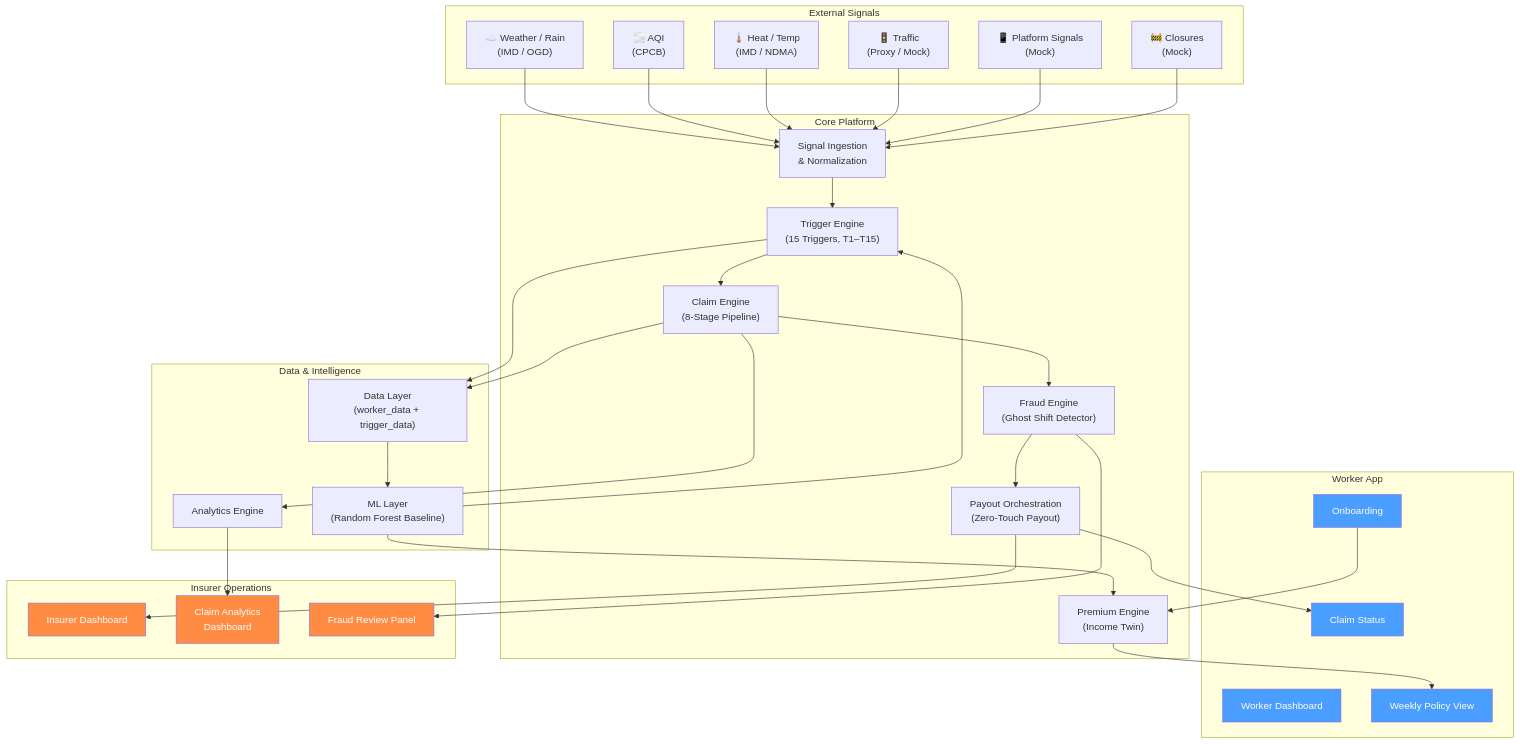
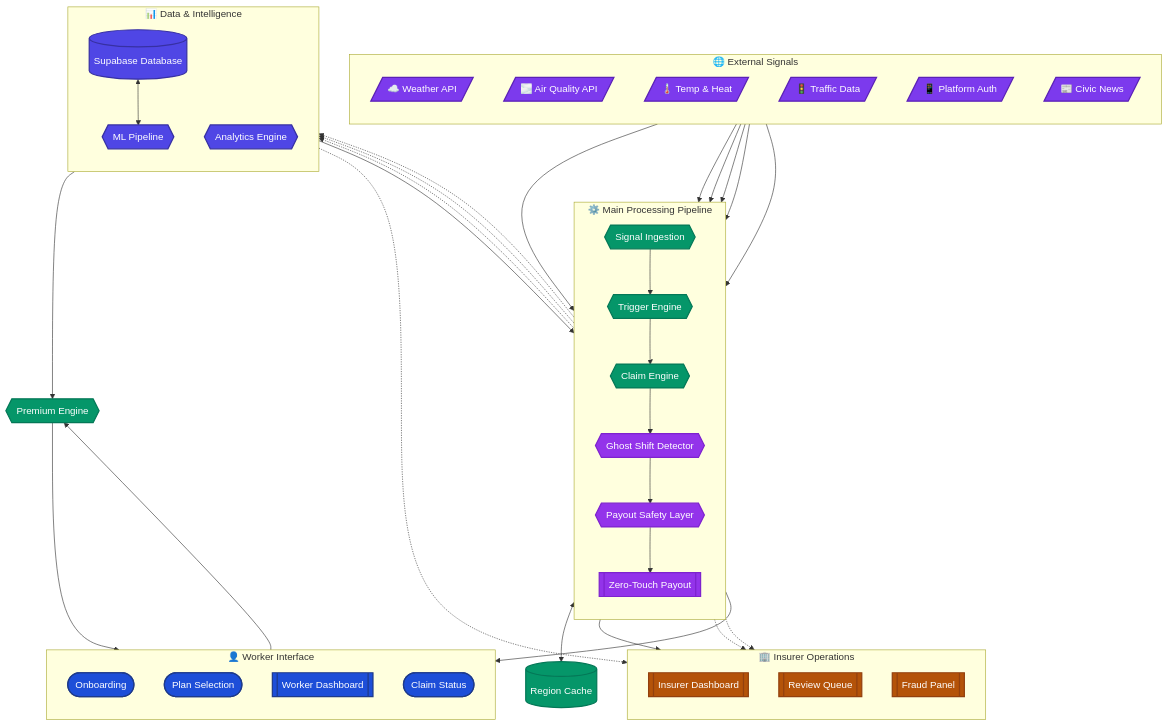
The first of 4 diagrams in README.md (Chorko/Celestius_Covara_One_P1), drawn with Mermaid before and after one commit. The commit also changed other lines of this file and 43 other files, not shown here.

````diff
--- a/README.md
+++ b/README.md
@@ -155,65 +170,83 @@
 ```mermaid
-graph TB
-    subgraph "External Signals"
-        WX["☁️ Weather / Rain<br/>(IMD / OGD)"]
-        AQ["🌫️ AQI<br/>(CPCB)"]
-        HT["🌡️ Heat / Temp<br/>(IMD / NDMA)"]
-        TR["🚦 Traffic<br/>(Proxy / Mock)"]
-        PL["📱 Platform Signals<br/>(Mock)"]
-        CV["🚧 Closures<br/>(Mock)"]
+flowchart TD
+    classDef input fill:#7C3AED,color:#fff,stroke:#5B21B6,stroke-width:2px;
+    classDef ui fill:#1D4ED8,color:#fff,stroke:#1E3A8A,stroke-width:2px;
+    classDef engine fill:#059669,color:#fff,stroke:#047857,stroke-width:2px;
+    classDef defense fill:#9333EA,color:#fff,stroke:#7E22CE,stroke-width:2px;
+    classDef data fill:#4F46E5,color:#fff,stroke:#3730A3,stroke-width:2px;
+    classDef admin fill:#B45309,color:#fff,stroke:#92400E,stroke-width:2px;
+
+    %% 1. Core Central Pipeline
+    subgraph CORE ["⚙️ Main Processing Pipeline"]
+        direction TB
+        SI{{Signal Ingestion}}:::engine
+        TE{{Trigger Engine}}:::engine
+        CE{{Claim Engine}}:::engine
+        FE{{Ghost Shift Detector}}:::defense
+        PS{{Payout Safety Layer}}:::defense
+        PO[[Zero-Touch Payout]]:::defense
+        
+        SI --> TE
+        TE --> CE
+        CE --> FE
+        FE --> PS
+        PS --> PO
     end
 
-    subgraph "Worker App"
-        WO["Onboarding"]
-        WD["Worker Dashboard"]
-        WP["Weekly Policy View"]
-        WC["Claim Status"]
+    %% 2. Peripheral Systems (Left & Right Flanks)
+    subgraph SIG ["🌐 External Signals"]
+        direction TB
+        WX[/☁️ Weather API/]:::input
+        AQ[/🌫️ Air Quality API/]:::input
+        HT[/🌡️ Temp & Heat/]:::input
+        TR[/🚦 Traffic Data/]:::input
+        PL[/📱 Platform Auth/]:::input
+        NW[/📰 Civic News/]:::input
     end
 
-    subgraph "Core Platform"
-        SI["Signal Ingestion<br/>& Normalization"]
-        TE["Trigger Engine<br/>(15 Triggers, T1–T15)"]
-        CE["Claim Engine<br/>(8-Stage Pipeline)"]
-        FE["Fraud Engine<br/>(Ghost Shift Detector)"]
-        PE["Premium Engine<br/>(Income Twin)"]
-        PO["Payout Orchestration<br/>(Zero-Touch Payout)"]
+    subgraph WRK ["👤 Worker Interface"]
+        direction TB
+        WO([Onboarding]):::ui
+        WP([Plan Selection]):::ui
+        WD[[Worker Dashboard]]:::ui
+        WC([Claim Status]):::ui
     end
 
-    subgraph "Data & Intelligence"
-        DL["Data Layer<br/>(worker_data + trigger_data)"]
-        ML["ML Layer<br/>(Random Forest Baseline)"]
-        AN["Analytics Engine"]
+    subgraph DAT ["📊 Data & Intelligence"]
+        direction TB
+        DL[(Supabase Database)]:::data
+        AN{{Analytics Engine}}:::data
+        ML{{ML Pipeline}}:::data
     end
 
-    subgraph "Insurer Operations"
-        ID["Insurer Dashboard"]
-        AD["Claim Analytics<br/>Dashboard"]
-        FR["Fraud Review Panel"]
+    subgraph INS ["🏢 Insurer Operations"]
+        direction TB
+        ID[[Insurer Dashboard]]:::admin
+        RQ[[Review Queue]]:::admin
+        FR[[Fraud Panel]]:::admin
     end
+    
+    %% Outlier Engines
+    PE{{Premium Engine}}:::engine
+    RC[(Region Cache)]:::engine
 
-    WX & AQ & HT & TR & PL & CV --> SI
-    SI --> TE
-    TE --> CE
-    CE --> FE
-    FE --> PO
+    %% Connections
+    WX & AQ & HT & TR & PL & NW --> SI
+    
     WO --> PE
     PE --> WP
-    DL --> ML
     ML --> PE
     ML --> TE
-    CE --> AN
-    AN --> AD
+    DL <--> ML
+    CE <--> RC
+    
+    CE -.-> AN
+    CE -.-> DL
+    TE -.-> DL
+    
+    AN -.-> ID
     PO --> WC
     PO --> ID
-    FE --> FR
-    TE --> DL
-    CE --> DL
-
-    style WO fill:#4a9eff,color:#fff
-    style WD fill:#4a9eff,color:#fff
-    style WP fill:#4a9eff,color:#fff
-    style WC fill:#4a9eff,color:#fff
-    style ID fill:#ff8c42,color:#fff
-    style AD fill:#ff8c42,color:#fff
-    style FR fill:#ff8c42,color:#fff
+    FE -.-> FR
+    FE -.-> RQ
 ```
````
